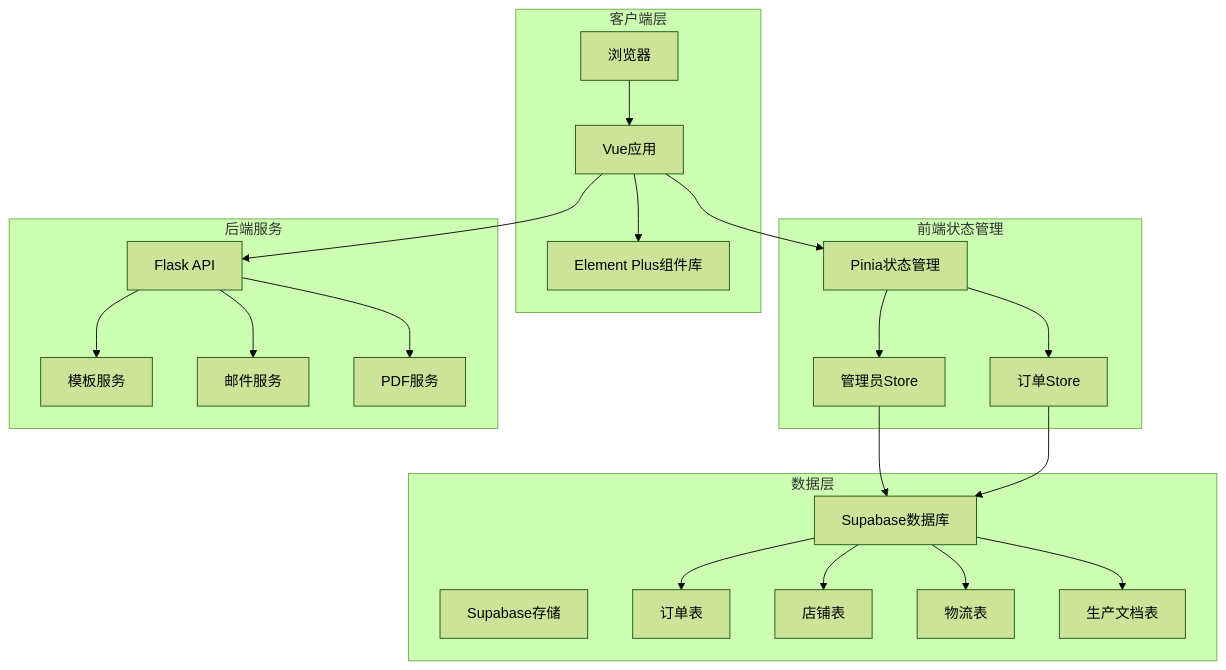
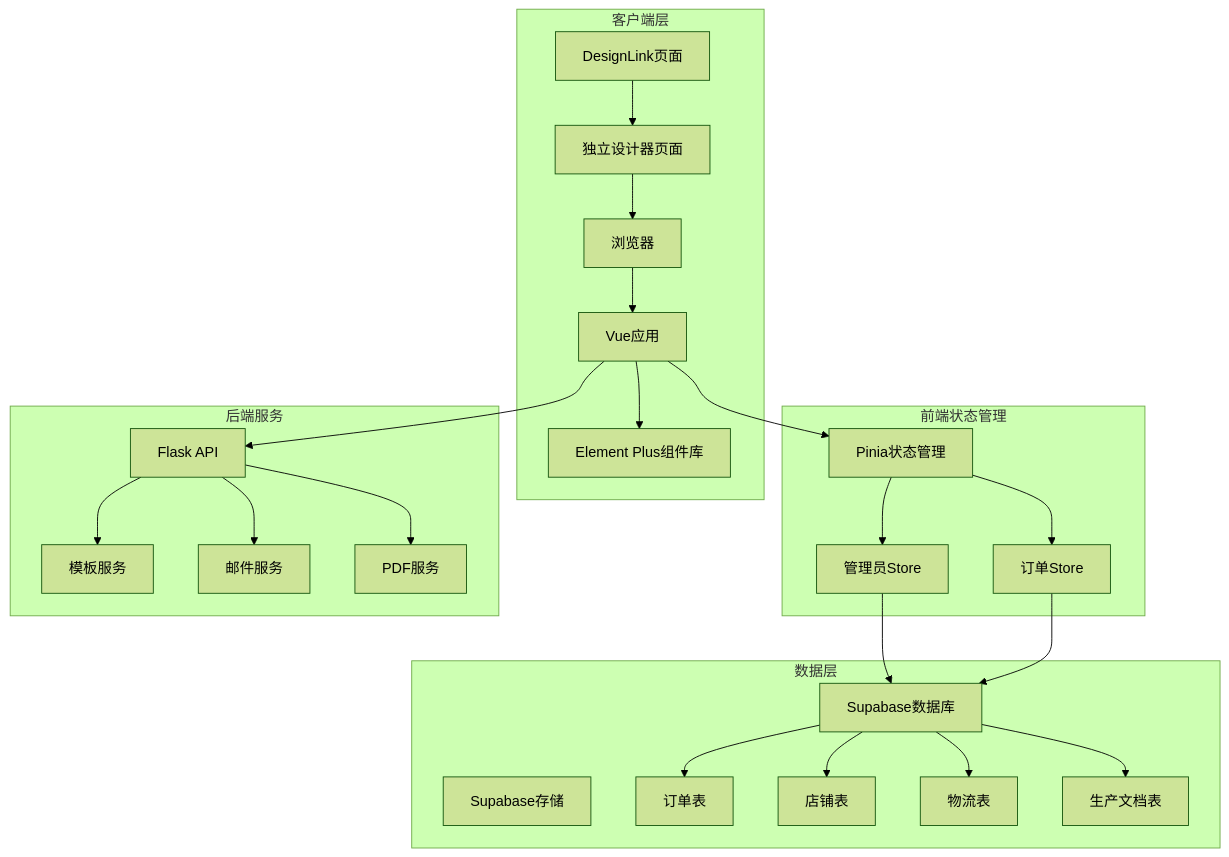
One commit to SY6621/POD-Order-Management changed the fifth of 16 diagrams in .qoder/repowiki/zh/content/开发指南/UI网格设计系统.md. Above: the diagram before and after it, drawn with Mermaid (forest theme). The commit also changed other lines of this file and 8 other files, not shown here.

````diff
--- a/.qoder/repowiki/zh/content/开发指南/UI网格设计系统.md
+++ b/.qoder/repowiki/zh/content/开发指南/UI网格设计系统.md
@@ -205,42 +219,46 @@
 ```mermaid
 graph TB
 subgraph "客户端层"
 Browser[浏览器]
 VueApp[Vue应用]
 ElementPlus[Element Plus组件库]
+DesignLink[DesignLink页面]
+DesignerStandalone[独立设计器页面]
 end
 subgraph "前端状态管理"
 Pinia[Pinia状态管理]
 AdminStore[管理员Store]
 OrderStore[订单Store]
 end
 subgraph "数据层"
 Supabase[Supabase数据库]
 Storage[Supabase存储]
 Orders[订单表]
 Shops[店铺表]
 Logistics[物流表]
 ProductionDocs[生产文档表]
 end
 subgraph "后端服务"
 FlaskAPI[Flask API]
 TemplateService[模板服务]
 EmailService[邮件服务]
 PDFService[PDF服务]
 end
 Browser --> VueApp
 VueApp --> ElementPlus
 VueApp --> Pinia
 Pinia --> AdminStore
 Pinia --> OrderStore
 AdminStore --> Supabase
 OrderStore --> Supabase
 Supabase --> Orders
 Supabase --> Shops
 Supabase --> Logistics
 Supabase --> ProductionDocs
 VueApp --> FlaskAPI
 FlaskAPI --> TemplateService
 FlaskAPI --> EmailService
 FlaskAPI --> PDFService
+DesignLink --> DesignerStandalone
+DesignerStandalone --> Browser
 ```
````
